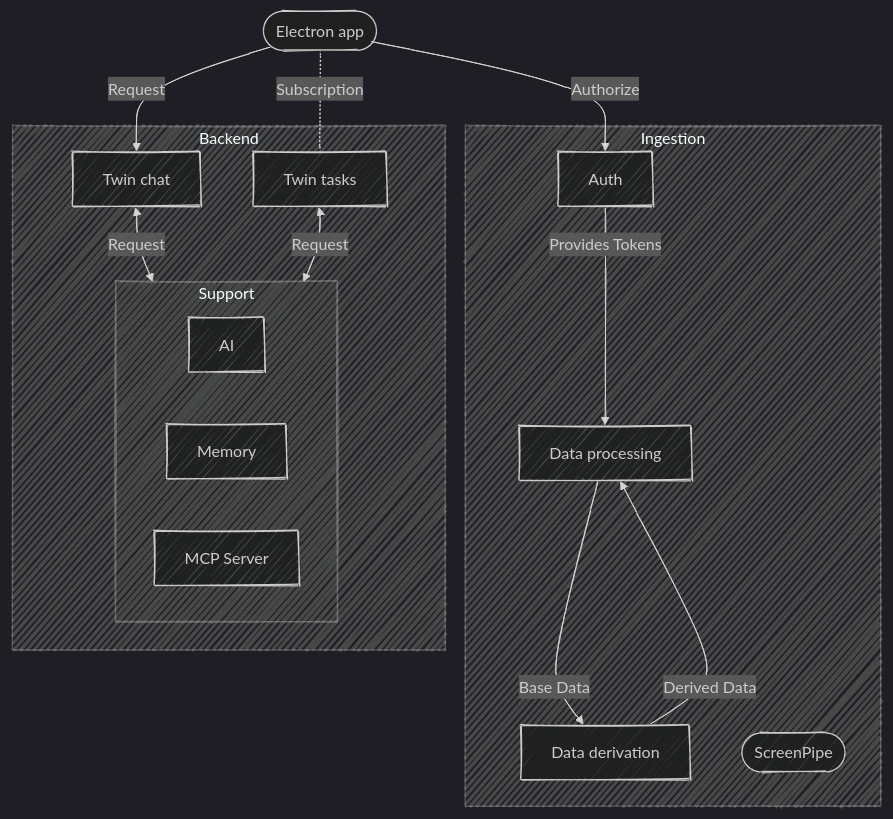
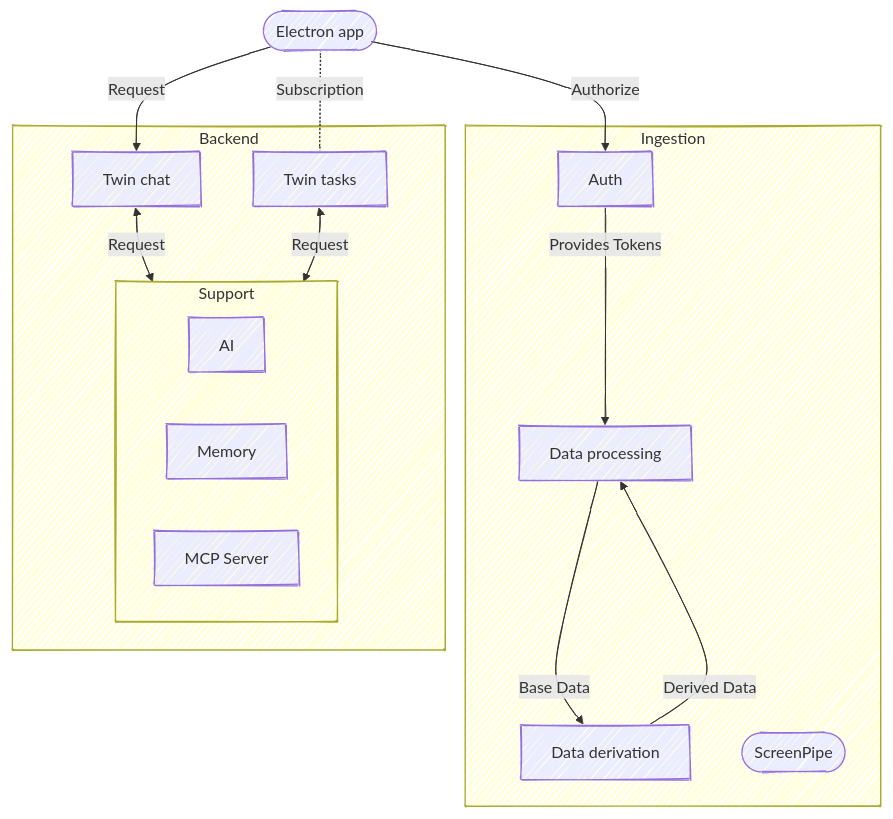
The first of 3 diagrams in SOFTWARE_ARCHITECTURE.md (EternisAI/enchanted-twin), drawn with Mermaid before and after one commit. The commit also changed other lines of this file, not shown here.

Commit message:
Update color

````diff
--- a/SOFTWARE_ARCHITECTURE.md
+++ b/SOFTWARE_ARCHITECTURE.md
@@ -65,39 +65,39 @@
 ```mermaid
 ---
 config:
   layout: dagre
   look: handDrawn
-  theme: dark
+  theme: light
 ---
 flowchart TD
     App([Electron app])
 
     subgraph Ingestion
       OAuth[Auth]
       Fetching[Data processing]
       DataDerivation[Data derivation]
       ScreenPipe([ScreenPipe])
     end
 
     subgraph Backend
         Agent[Twin tasks]
         Chat[Twin chat]
         subgraph Support
             LLM[AI]
             Augmentation[Memory]
             MCP[MCP Server]
         end
     end
 
     App -- Authorize --> OAuth
     App -- Request --> Chat
     App -.-|Subscription| Agent
 
     Chat <-- Request --> Support
     Agent <-- Request --> Support
 
     OAuth -- Provides Tokens --> Fetching
 
     Fetching -- Base Data --> DataDerivation
     DataDerivation -- Derived Data --> Fetching
 ```
````
